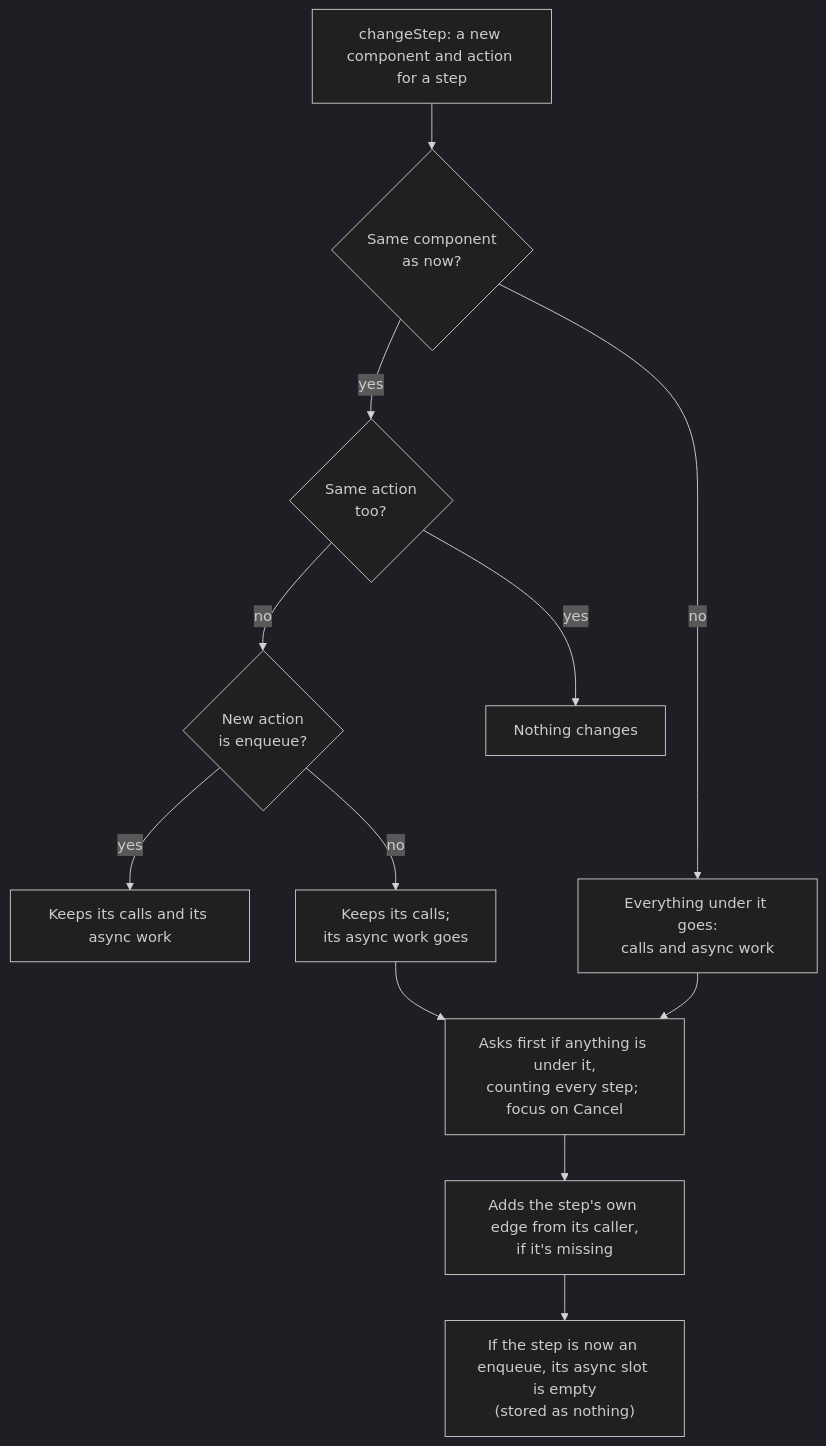
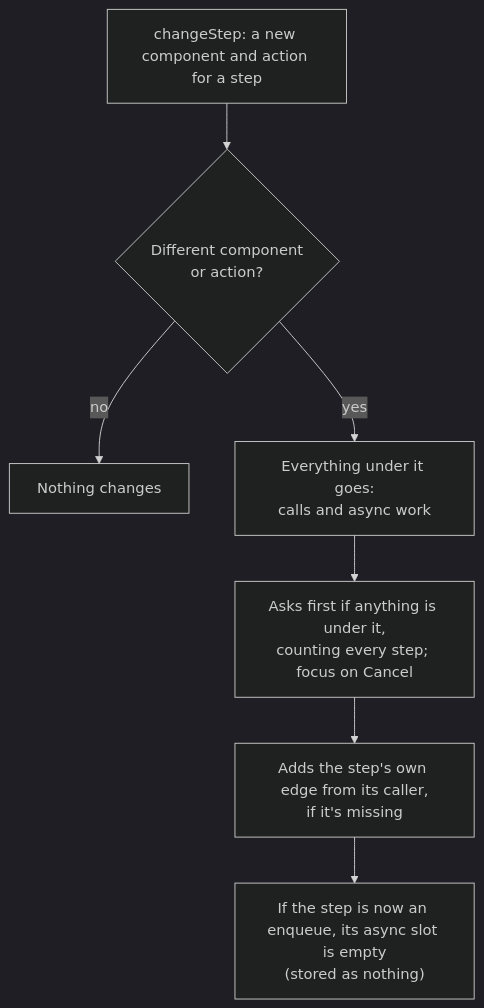
Before and after one commit to alanbickel/wind-tunnel: the diagram in docs/adr/0021-edit-async-work-through-the-same-commands.md, drawn with Mermaid (dark theme). The commit also changed other lines of this file, not shown here.

Commit message:
docs: drop everything under a step on any change, in the async-work ADR

````diff
--- a/docs/adr/0021-edit-async-work-through-the-same-commands.md
+++ b/docs/adr/0021-edit-async-work-through-the-same-commands.md
@@ -64,25 +62,16 @@
 ```mermaid
 flowchart TB
     start["changeStep: a new component and action for a step"]
-    sameComponent{"Same component<br/>as now?"}
-    sameAction{"Same action<br/>too?"}
-    stillEnqueue{"New action<br/>is enqueue?"}
+    changed{"Different component<br/>or action?"}
     nothing["Nothing changes"]
-    keepAll["Keeps its calls and its async work"]
-    dropAsync["Keeps its calls;<br/>its async work goes"]
     dropAll["Everything under it goes:<br/>calls and async work"]
     asks["Asks first if anything is under it,<br/>counting every step; focus on Cancel"]
     ownEdge["Adds the step's own edge from its caller,<br/>if it's missing"]
     emptySlot["If the step is now an enqueue, its async slot is empty<br/>(stored as nothing)"]
-    start --> sameComponent
-    sameComponent -->|yes| sameAction
-    sameComponent -->|no| dropAll
-    sameAction -->|yes| nothing
-    sameAction -->|no| stillEnqueue
-    stillEnqueue -->|yes| keepAll
-    stillEnqueue -->|no| dropAsync
-    dropAsync --> asks
+    start --> changed
+    changed -->|no| nothing
+    changed -->|yes| dropAll
     dropAll --> asks
     asks --> ownEdge
     ownEdge --> emptySlot
 ```
````
